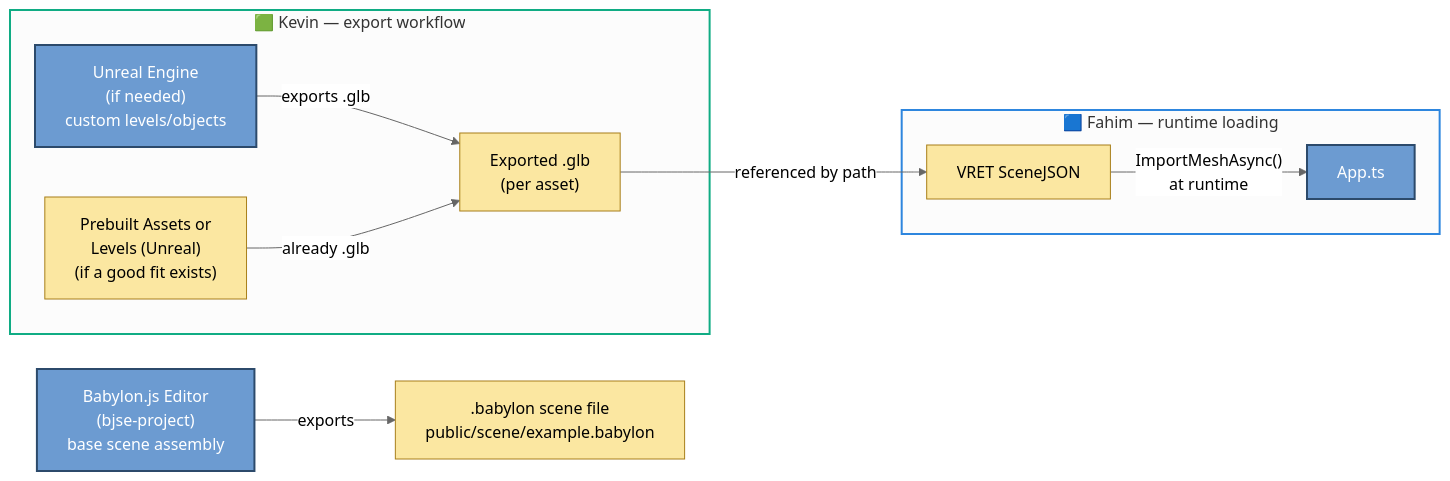
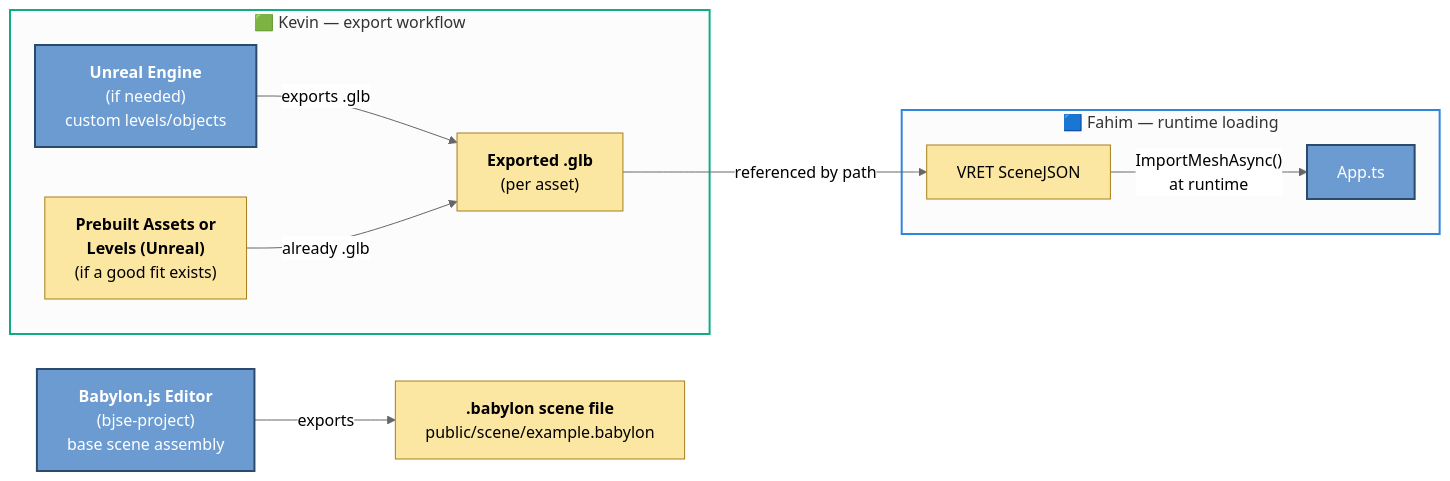
One commit to SBU-VRET/VRET-Project changed the third of 8 diagrams in docs/TECH_PIPELINE.md. Above: the diagram before and after it, drawn with Mermaid (neutral theme). The commit also changed other lines of this file and 7 other files, not shown here.

````diff
--- a/docs/TECH_PIPELINE.md
+++ b/docs/TECH_PIPELINE.md
@@ -106,19 +106,19 @@
 ```mermaid
 flowchart LR
     subgraph K2["🟩 Kevin — export workflow"]
-    Unreal["Unreal Engine<br/>(if needed)<br/>custom levels/objects"] -->|"exports .glb"| GLB["Exported .glb<br/>(per asset)"]
-    Prebuilt["Prebuilt Assets or<br/>Levels (Unreal)<br/>(if a good fit exists)"] -->|"already .glb"| GLB
+    Unreal["<b>Unreal Engine</b><br/>(if needed)<br/>custom levels/objects"] -->|"exports .glb"| GLB["<b>Exported .glb</b><br/>(per asset)"]
+    Prebuilt["<b>Prebuilt Assets or<br/>Levels (Unreal)</b><br/>(if a good fit exists)"] -->|"already .glb"| GLB
     end
     subgraph F2["🟦 Fahim — runtime loading"]
     GLB -->|"referenced by path"| SceneJSON["VRET SceneJSON"]
     SceneJSON -->|"ImportMeshAsync()<br/>at runtime"| AppTS["App.ts"]
     end
-    BJSE["Babylon.js Editor<br/>(bjse-project)<br/>base scene assembly"] -->|exports| BabylonScene[".babylon scene file<br/>public/scene/example.babylon"]
+    BJSE["<b>Babylon.js Editor</b><br/>(bjse-project)<br/>base scene assembly"] -->|exports| BabylonScene["<b>.babylon scene file</b><br/>public/scene/example.babylon"]
 
     style K2 stroke:#10AC84,stroke-width:2px
     style F2 stroke:#2E86DE,stroke-width:2px
     classDef tool fill:#6c9bd1,stroke:#2c4a6b,stroke-width:2px,color:#fff;
     classDef artifact fill:#fbe7a1,stroke:#a87f1a,stroke-width:1px,color:#000;
     class Unreal,BJSE,AppTS tool
     class GLB,Prebuilt,BabylonScene,SceneJSON artifact
 ```
````
